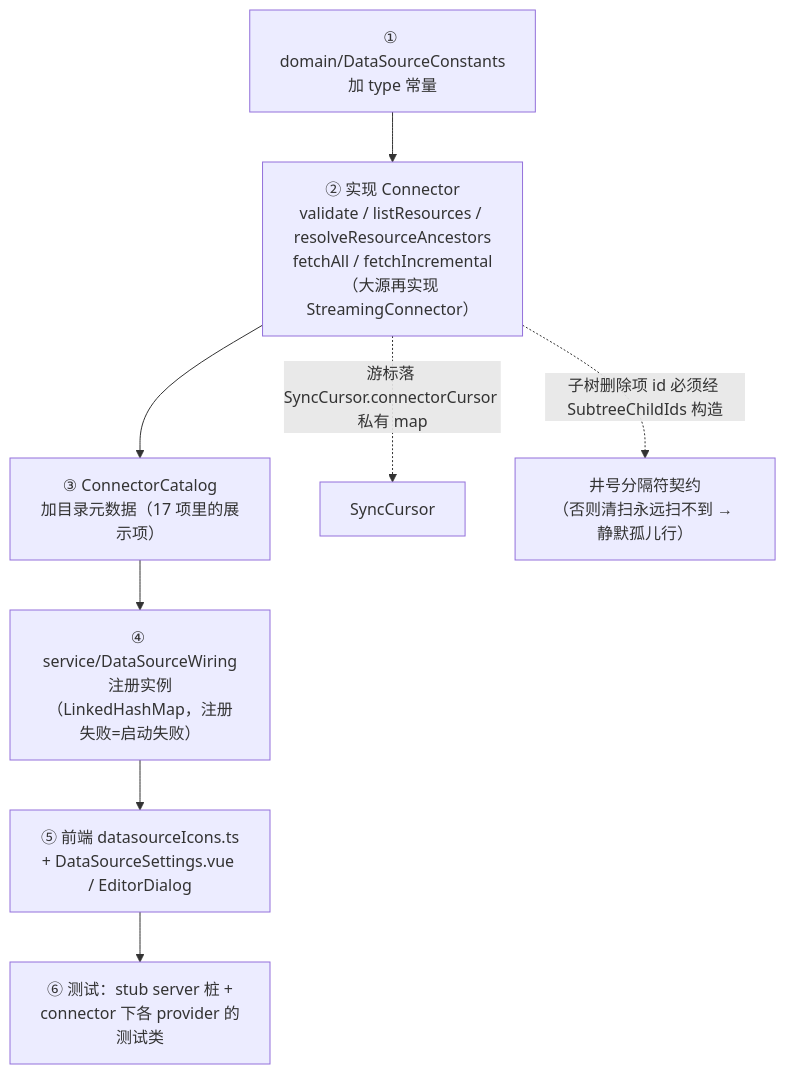
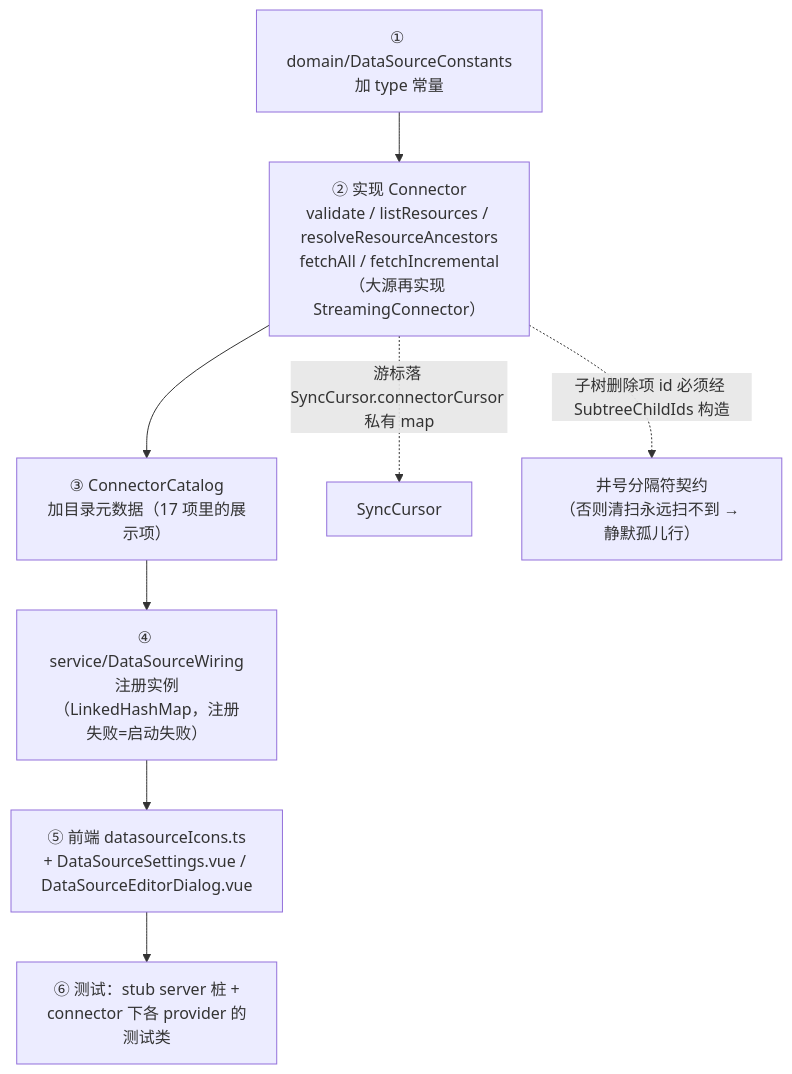
The sixth of 6 diagrams in docs/datasource-module-guide.md (pmbilly/ragagent), drawn with Mermaid before and after one commit. The commit also changed other lines of this file and 36 other files, not shown here.

````diff
--- a/docs/datasource-module-guide.md
+++ b/docs/datasource-module-guide.md
@@ -296,11 +298,11 @@
 ```mermaid
 flowchart TD
     A["① domain/DataSourceConstants<br/>加 type 常量"] --> B["② 实现 Connector<br/>validate / listResources / resolveResourceAncestors<br/>fetchAll / fetchIncremental<br/>（大源再实现 StreamingConnector）"]
     B --> C["③ ConnectorCatalog<br/>加目录元数据（17 项里的展示项）"]
     C --> D["④ service/DataSourceWiring<br/>注册实例（LinkedHashMap，注册失败=启动失败）"]
-    D --> E["⑤ 前端 datasourceIcons.ts<br/>+ DataSourceSettings.vue / EditorDialog"]
+    D --> E["⑤ 前端 datasourceIcons.ts<br/>+ DataSourceSettings.vue / DataSourceEditorDialog.vue"]
     E --> F["⑥ 测试：stub server 桩 +<br/>connector 下各 provider 的测试类"]
 
     B -. "游标落 SyncCursor.connectorCursor 私有 map" .-> G["SyncCursor"]
     B -. "子树删除项 id 必须经 SubtreeChildIds 构造" .-> H["井号分隔符契约<br/>（否则清扫永远扫不到 → 静默孤儿行）"]
 ```
````
